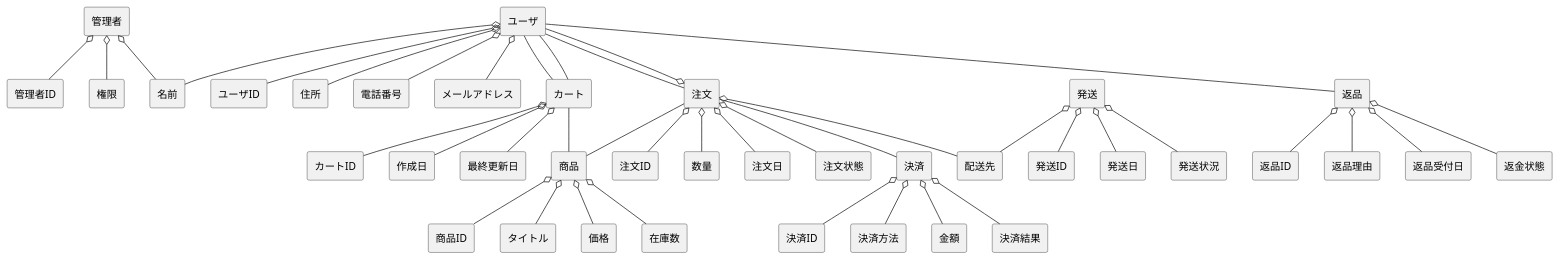
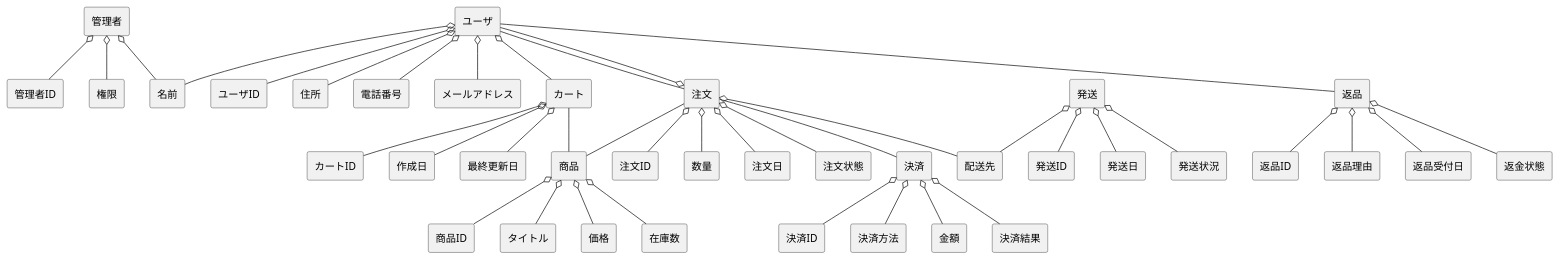
The diagram in BBshop/domain.pu (ghbuser12/ohara_uml), drawn with PlantUML before and after one commit.

```diff
--- a/BBshop/domain.pu
+++ b/BBshop/domain.pu
@@ -1,63 +1,62 @@
 @startuml BBショップドメインモデル図
 skinparam componentStyle rectangle
 
 ' ユーザ
 ' ユーザID、名前、住所、電話番号、メールアドレス
 [ユーザ] o-- [ユーザID]
 [ユーザ] o-- [名前]
 [ユーザ] o-- [住所]
 [ユーザ] o-- [電話番号]
 [ユーザ] o-- [メールアドレス]
 [ユーザ] -- [注文]
 [ユーザ] -- [返品]
 
 ' 商品
 ' 商品ID、タイトル、価格、在庫数
 [商品] o-- [商品ID]
 [商品] o-- [タイトル]
 [商品] o-- [価格]
 [商品] o-- [在庫数]
 ' 注文
 ' 注文ID、数量、注文日、配送先、注文状態
 [注文] o-- [注文ID]
 [注文] o-- [ユーザ]
 [注文] -- [商品]
 [注文] o-- [数量]
 [注文] o-- [注文日]
 [注文] o-- [配送先]
 [注文] o-- [注文状態]
 [注文] -- [決済]
 ' 決済
 ' 決済ID、決済方法、金額、決済結果
 [決済] o-- [決済ID]
 [決済] o-- [決済方法]
 [決済] o-- [金額]
 [決済] o-- [決済結果]
 ' 発送
 ' 発送ID、配送先、発送日、発送状況
 [発送] o-- [発送ID]
 [発送] o-- [配送先]
 [発送] o-- [発送日]
 [発送] o-- [発送状況]
 ' 返品
 ' 返品ID、返品理由、返品受付日、返金状態
 [返品] o-- [返品ID]
 [返品] o-- [返品理由]
 [返品] o-- [返品受付日]
 [返品] o-- [返金状態]
 ' 管理者
 ' 管理者ID、名前、権限
 [管理者] o-- [管理者ID]
 [管理者] o-- [名前]
 [管理者] o-- [権限]
 ' ===== カート機能の追加 =====
 [カート] o-- [カートID]
 [カート] o-- [作成日]
 [カート] o-- [最終更新日]
-[カート] -- [ユーザ]
 
 
 ' 関連（わかりやすさのため明示）
-[ユーザ] -- [カート]
+[ユーザ] o-- [カート]
 [カート] -- [商品]
 @enduml
```
